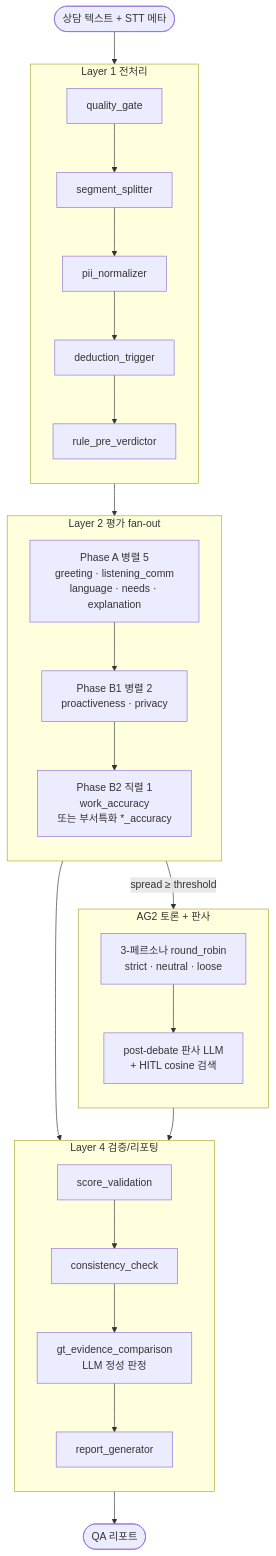
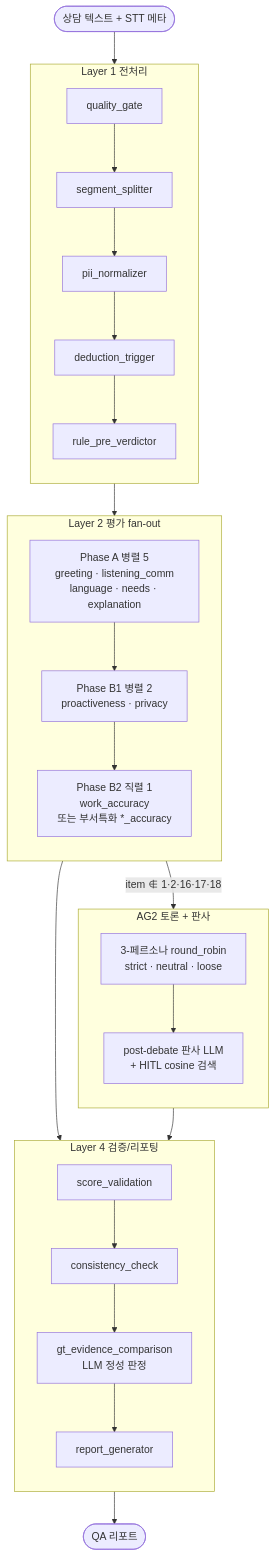
The first of 2 diagrams in README.md (ASNKMGSK/GongMo), drawn with Mermaid before and after one commit. The commit also changed other lines of this file and 1 other file, not shown here.

First line of the commit message:
docs: fix outdated debate trigger description

````diff
--- a/README.md
+++ b/README.md
@@ -25,36 +25,36 @@
 ```mermaid
 flowchart TD
     Input([상담 텍스트 + STT 메타]) --> L1
     subgraph L1[Layer 1 전처리]
         direction TB
         L1a[quality_gate] --> L1b[segment_splitter]
         L1b --> L1c[pii_normalizer]
         L1c --> L1d[deduction_trigger]
         L1d --> L1e[rule_pre_verdictor]
     end
     L1 --> L2
 
     subgraph L2[Layer 2 평가 fan-out]
         direction TB
         PA[Phase A 병렬 5<br/>greeting · listening_comm<br/>language · needs · explanation]
         PB1[Phase B1 병렬 2<br/>proactiveness · privacy]
         PB2[Phase B2 직렬 1<br/>work_accuracy<br/>또는 부서특화 *_accuracy]
         PA --> PB1 --> PB2
     end
-    L2 -->|spread ≥ threshold| Debate
+    L2 -->|item ∉ 1·2·16·17·18| Debate
     L2 --> L4
 
     subgraph Debate[AG2 토론 + 판사]
         direction TB
         D1[3-페르소나 round_robin<br/>strict · neutral · loose] --> D2[post-debate 판사 LLM<br/>+ HITL cosine 검색]
     end
     Debate --> L4
 
     subgraph L4[Layer 4 검증/리포팅]
         direction TB
         L4a[score_validation] --> L4b[consistency_check]
         L4b --> L4c[gt_evidence_comparison<br/>LLM 정성 판정]
         L4c --> L4d[report_generator]
     end
     L4 --> Output([QA 리포트])
 ```
````
